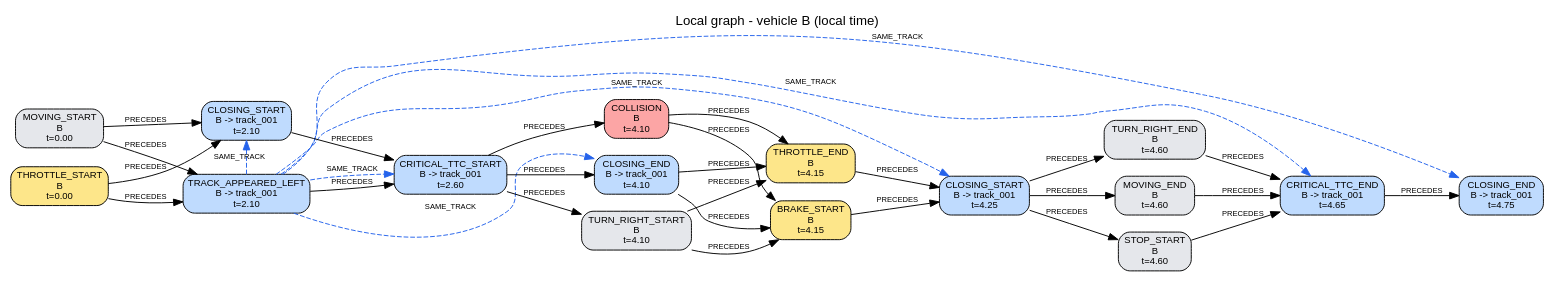
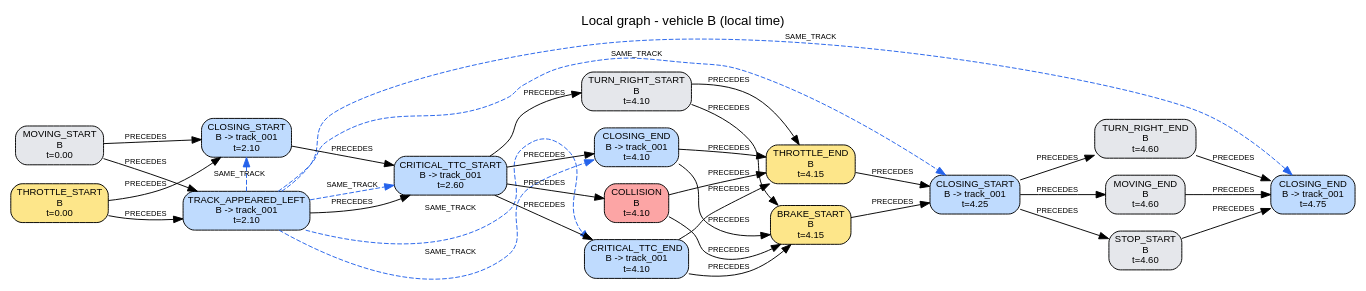
The diagram in traces/S03/run_0_crash/reconstruction/B/local_graph.dot (AndreaBedei1/causaldrive-forensics), drawn with Graphviz before and after one commit. The commit also changed 346 other files, not shown here.

```diff
--- a/traces/S03/run_0_crash/reconstruction/B/local_graph.dot
+++ b/traces/S03/run_0_crash/reconstruction/B/local_graph.dot
@@ -1,56 +1,58 @@
 digraph "local_B" {
   graph [rankdir=LR, labelloc=t, fontname=Helvetica, label="Local graph - vehicle B (local time)"];
   node [shape=box, style="rounded,filled", fontname=Helvetica, fontsize=10];
   edge [fontname=Helvetica, fontsize=8];
   "B:e01" [label="MOVING_START\nB\nt=0.00", fillcolor="#e5e7eb"];
   "B:e02" [label="THROTTLE_START\nB\nt=0.00", fillcolor="#fde68a"];
   "B:e03" [label="TRACK_APPEARED_LEFT\nB -> track_001\nt=2.10", fillcolor="#bfdbfe"];
   "B:e04" [label="CLOSING_START\nB -> track_001\nt=2.10", fillcolor="#bfdbfe"];
   "B:e05" [label="CRITICAL_TTC_START\nB -> track_001\nt=2.60", fillcolor="#bfdbfe"];
   "B:e06" [label="COLLISION\nB\nt=4.10", fillcolor="#fca5a5"];
-  "B:e07" [label="CLOSING_END\nB -> track_001\nt=4.10", fillcolor="#bfdbfe"];
-  "B:e08" [label="TURN_RIGHT_START\nB\nt=4.10", fillcolor="#e5e7eb"];
-  "B:e09" [label="THROTTLE_END\nB\nt=4.15", fillcolor="#fde68a"];
-  "B:e10" [label="BRAKE_START\nB\nt=4.15", fillcolor="#fde68a"];
-  "B:e11" [label="CLOSING_START\nB -> track_001\nt=4.25", fillcolor="#bfdbfe"];
-  "B:e12" [label="TURN_RIGHT_END\nB\nt=4.60", fillcolor="#e5e7eb"];
-  "B:e13" [label="MOVING_END\nB\nt=4.60", fillcolor="#e5e7eb"];
-  "B:e14" [label="STOP_START\nB\nt=4.60", fillcolor="#e5e7eb"];
-  "B:e15" [label="CRITICAL_TTC_END\nB -> track_001\nt=4.65", fillcolor="#bfdbfe"];
+  "B:e07" [label="CRITICAL_TTC_END\nB -> track_001\nt=4.10", fillcolor="#bfdbfe"];
+  "B:e08" [label="CLOSING_END\nB -> track_001\nt=4.10", fillcolor="#bfdbfe"];
+  "B:e09" [label="TURN_RIGHT_START\nB\nt=4.10", fillcolor="#e5e7eb"];
+  "B:e10" [label="THROTTLE_END\nB\nt=4.15", fillcolor="#fde68a"];
+  "B:e11" [label="BRAKE_START\nB\nt=4.15", fillcolor="#fde68a"];
+  "B:e12" [label="CLOSING_START\nB -> track_001\nt=4.25", fillcolor="#bfdbfe"];
+  "B:e13" [label="TURN_RIGHT_END\nB\nt=4.60", fillcolor="#e5e7eb"];
+  "B:e14" [label="MOVING_END\nB\nt=4.60", fillcolor="#e5e7eb"];
+  "B:e15" [label="STOP_START\nB\nt=4.60", fillcolor="#e5e7eb"];
   "B:e16" [label="CLOSING_END\nB -> track_001\nt=4.75", fillcolor="#bfdbfe"];
   {rank=same; "B:e01"; "B:e02";}
   {rank=same; "B:e03"; "B:e04";}
-  {rank=same; "B:e06"; "B:e07"; "B:e08";}
-  {rank=same; "B:e09"; "B:e10";}
-  {rank=same; "B:e12"; "B:e13"; "B:e14";}
+  {rank=same; "B:e06"; "B:e07"; "B:e08"; "B:e09";}
+  {rank=same; "B:e10"; "B:e11";}
+  {rank=same; "B:e13"; "B:e14"; "B:e15";}
   "B:e01" -> "B:e03" [label="PRECEDES"];
   "B:e01" -> "B:e04" [label="PRECEDES"];
   "B:e02" -> "B:e03" [label="PRECEDES"];
   "B:e02" -> "B:e04" [label="PRECEDES"];
   "B:e03" -> "B:e05" [label="PRECEDES"];
   "B:e04" -> "B:e05" [label="PRECEDES"];
   "B:e05" -> "B:e06" [label="PRECEDES"];
   "B:e05" -> "B:e07" [label="PRECEDES"];
   "B:e05" -> "B:e08" [label="PRECEDES"];
-  "B:e06" -> "B:e09" [label="PRECEDES"];
+  "B:e05" -> "B:e09" [label="PRECEDES"];
   "B:e06" -> "B:e10" [label="PRECEDES"];
-  "B:e07" -> "B:e09" [label="PRECEDES"];
+  "B:e06" -> "B:e11" [label="PRECEDES"];
   "B:e07" -> "B:e10" [label="PRECEDES"];
-  "B:e08" -> "B:e09" [label="PRECEDES"];
+  "B:e07" -> "B:e11" [label="PRECEDES"];
   "B:e08" -> "B:e10" [label="PRECEDES"];
+  "B:e08" -> "B:e11" [label="PRECEDES"];
+  "B:e09" -> "B:e10" [label="PRECEDES"];
   "B:e09" -> "B:e11" [label="PRECEDES"];
-  "B:e10" -> "B:e11" [label="PRECEDES"];
+  "B:e10" -> "B:e12" [label="PRECEDES"];
   "B:e11" -> "B:e12" [label="PRECEDES"];
-  "B:e11" -> "B:e13" [label="PRECEDES"];
-  "B:e11" -> "B:e14" [label="PRECEDES"];
+  "B:e12" -> "B:e13" [label="PRECEDES"];
+  "B:e12" -> "B:e14" [label="PRECEDES"];
   "B:e12" -> "B:e15" [label="PRECEDES"];
-  "B:e13" -> "B:e15" [label="PRECEDES"];
-  "B:e14" -> "B:e15" [label="PRECEDES"];
+  "B:e13" -> "B:e16" [label="PRECEDES"];
+  "B:e14" -> "B:e16" [label="PRECEDES"];
   "B:e15" -> "B:e16" [label="PRECEDES"];
   "B:e03" -> "B:e04" [label="SAME_TRACK", style=dashed, color="#2563eb", constraint=false];
   "B:e03" -> "B:e05" [label="SAME_TRACK", style=dashed, color="#2563eb", constraint=false];
   "B:e03" -> "B:e07" [label="SAME_TRACK", style=dashed, color="#2563eb", constraint=false];
-  "B:e03" -> "B:e11" [label="SAME_TRACK", style=dashed, color="#2563eb", constraint=false];
-  "B:e03" -> "B:e15" [label="SAME_TRACK", style=dashed, color="#2563eb", constraint=false];
+  "B:e03" -> "B:e08" [label="SAME_TRACK", style=dashed, color="#2563eb", constraint=false];
+  "B:e03" -> "B:e12" [label="SAME_TRACK", style=dashed, color="#2563eb", constraint=false];
   "B:e03" -> "B:e16" [label="SAME_TRACK", style=dashed, color="#2563eb", constraint=false];
 }
```
